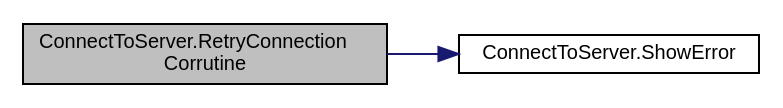
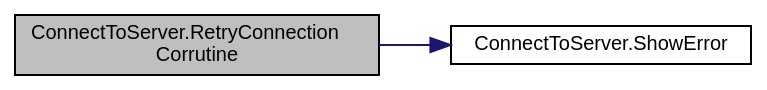
The diagram in docs/class_connect_to_server_af54d350629abc28677d474dda9fbd6a0_cgraph.dot (AleixFerre/TFG-Docs), drawn with Graphviz before and after one commit. The commit also changed 448 other files, not shown here.

```diff
--- a/docs/class_connect_to_server_af54d350629abc28677d474dda9fbd6a0_cgraph.dot
+++ b/docs/class_connect_to_server_af54d350629abc28677d474dda9fbd6a0_cgraph.dot
@@ -1,11 +1,12 @@
 digraph "ConnectToServer.RetryConnectionCorrutine"
 {
  // INTERACTIVE_SVG=YES
  // LATEX_PDF_SIZE
+  bgcolor="transparent";
   edge [fontname="Helvetica",fontsize="10",labelfontname="Helvetica",labelfontsize="10"];
   node [fontname="Helvetica",fontsize="10",shape=record];
   rankdir="LR";
   Node1 [label="ConnectToServer.RetryConnection\lCorrutine",height=0.2,width=0.4,color="black", fillcolor="grey75", style="filled", fontcolor="black",tooltip=" "];
   Node1 -> Node2 [color="midnightblue",fontsize="10",style="solid",fontname="Helvetica"];
-  Node2 [label="ConnectToServer.ShowError",height=0.2,width=0.4,color="black", fillcolor="white", style="filled",URL="$class_connect_to_server.html#a2ca5fc3ab94cacd35c3cc2b641e1b463",tooltip=" "];
+  Node2 [label="ConnectToServer.ShowError",height=0.2,width=0.4,color="black",URL="$class_connect_to_server.html#a2ca5fc3ab94cacd35c3cc2b641e1b463",tooltip=" "];
 }
```
